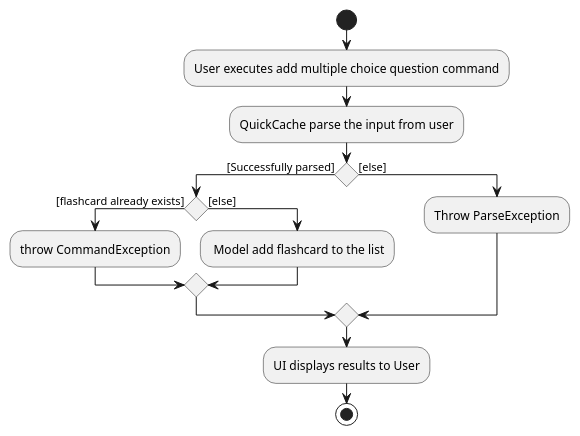
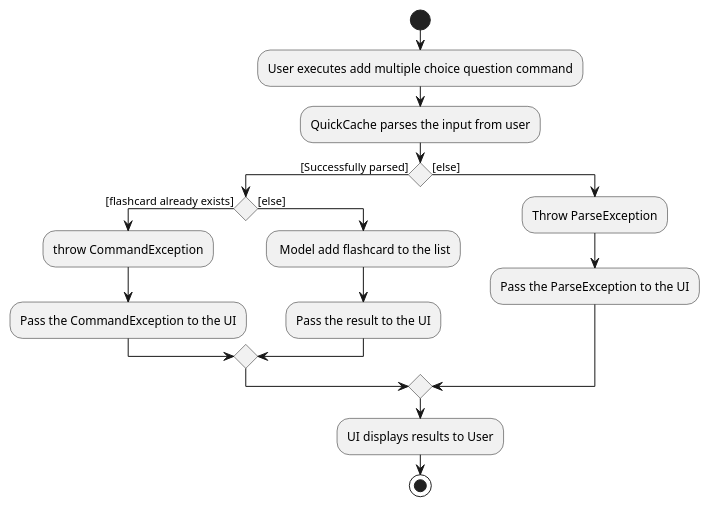
Before and after one commit to nus-cs2103-AY2021S1/tp: the diagram in docs/diagrams/AddMcqActivityDiagram.puml, drawn with PlantUML. The commit also changed 17 other files, not shown here.

Commit message:
Add additional details to the diagram Add details about passing the result/exceptions to the UI to make things clearer.

```diff
--- a/docs/diagrams/AddMcqActivityDiagram.puml
+++ b/docs/diagrams/AddMcqActivityDiagram.puml
@@ -1,20 +1,23 @@
 @startuml
 start
 :User executes add multiple choice question command;
-:QuickCache parse the input from user;
+:QuickCache parses the input from user;
 
 'Since the beta syntax does not support placing the condition outside the
 'diamond we place it as the true branch instead.
 if() then ([Successfully parsed])
     if () then ([flashcard already exists])
         :throw CommandException;
+        :Pass the CommandException to the UI;
     else ([else])
         : Model add flashcard to the list;
+        :Pass the result to the UI;
     endif
 else ([else])
     :Throw ParseException;
+    :Pass the ParseException to the UI;
 endif
 
 :UI displays results to User;
 stop
 @enduml
```
